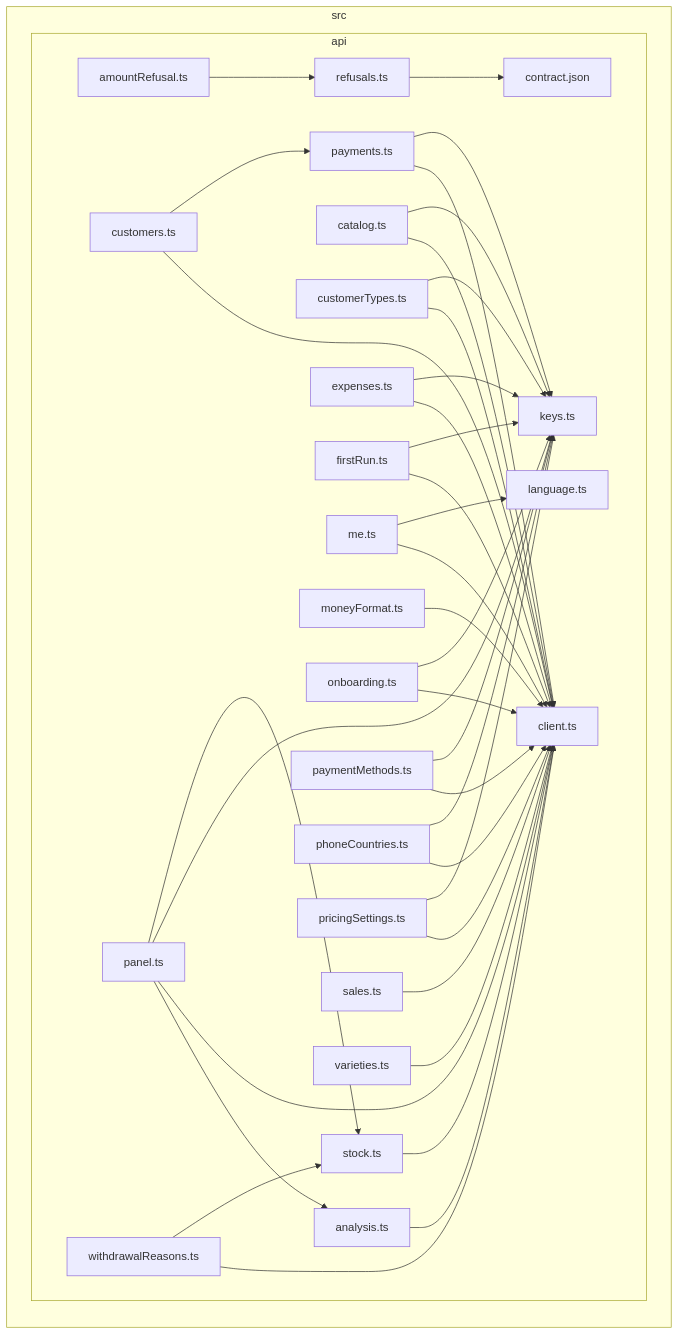
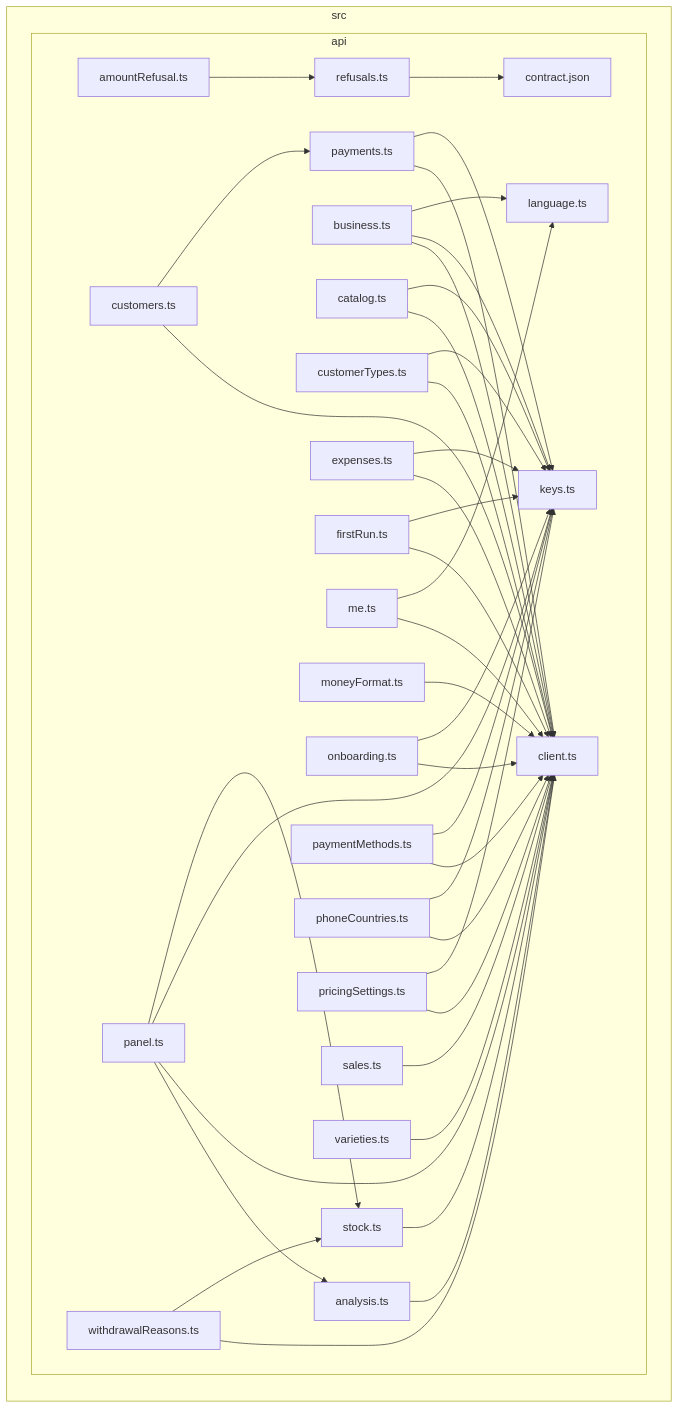
One commit to GonzaloZevallos/apostrophe changed the diagram in docs/architecture/generated/front-modules/api.md. Above: the diagram before and after it, drawn with Mermaid. The commit also changed 1 other file, not shown here.

Commit message:
chore(docs): regenerate [skip ci]

````diff
--- a/docs/architecture/generated/front-modules/api.md
+++ b/docs/architecture/generated/front-modules/api.md
@@ -7,66 +7,70 @@
 ```mermaid
 flowchart LR
 subgraph src["src"]
   subgraph src_api["api"]
     src_api_amountRefusal_ts["amountRefusal.ts"]
     src_api_analysis_ts["analysis.ts"]
+    src_api_business_ts["business.ts"]
     src_api_catalog_ts["catalog.ts"]
     src_api_client_ts["client.ts"]
     src_api_contract_json["contract.json"]
     src_api_customerTypes_ts["customerTypes.ts"]
     src_api_customers_ts["customers.ts"]
     src_api_expenses_ts["expenses.ts"]
     src_api_firstRun_ts["firstRun.ts"]
     src_api_keys_ts["keys.ts"]
     src_api_language_ts["language.ts"]
     src_api_me_ts["me.ts"]
     src_api_moneyFormat_ts["moneyFormat.ts"]
     src_api_onboarding_ts["onboarding.ts"]
     src_api_panel_ts["panel.ts"]
     src_api_paymentMethods_ts["paymentMethods.ts"]
     src_api_payments_ts["payments.ts"]
     src_api_phoneCountries_ts["phoneCountries.ts"]
     src_api_pricingSettings_ts["pricingSettings.ts"]
     src_api_refusals_ts["refusals.ts"]
     src_api_sales_ts["sales.ts"]
     src_api_stock_ts["stock.ts"]
     src_api_varieties_ts["varieties.ts"]
     src_api_withdrawalReasons_ts["withdrawalReasons.ts"]
   end
 end
 src_api_amountRefusal_ts-->src_api_refusals_ts
 src_api_analysis_ts-->src_api_client_ts
+src_api_business_ts-->src_api_client_ts
+src_api_business_ts-->src_api_keys_ts
+src_api_business_ts-->src_api_language_ts
 src_api_catalog_ts-->src_api_client_ts
 src_api_catalog_ts-->src_api_keys_ts
 src_api_customerTypes_ts-->src_api_client_ts
 src_api_customerTypes_ts-->src_api_keys_ts
 src_api_customers_ts-->src_api_client_ts
 src_api_customers_ts-->src_api_payments_ts
 src_api_expenses_ts-->src_api_client_ts
 src_api_expenses_ts-->src_api_keys_ts
 src_api_firstRun_ts-->src_api_client_ts
 src_api_firstRun_ts-->src_api_keys_ts
 src_api_me_ts-->src_api_client_ts
 src_api_me_ts-->src_api_language_ts
 src_api_moneyFormat_ts-->src_api_client_ts
 src_api_onboarding_ts-->src_api_client_ts
 src_api_onboarding_ts-->src_api_keys_ts
 src_api_panel_ts-->src_api_analysis_ts
 src_api_panel_ts-->src_api_client_ts
 src_api_panel_ts-->src_api_keys_ts
 src_api_panel_ts-->src_api_stock_ts
 src_api_paymentMethods_ts-->src_api_client_ts
 src_api_paymentMethods_ts-->src_api_keys_ts
 src_api_payments_ts-->src_api_client_ts
 src_api_payments_ts-->src_api_keys_ts
 src_api_phoneCountries_ts-->src_api_client_ts
 src_api_phoneCountries_ts-->src_api_keys_ts
 src_api_pricingSettings_ts-->src_api_client_ts
 src_api_pricingSettings_ts-->src_api_keys_ts
 src_api_refusals_ts-->src_api_contract_json
 src_api_sales_ts-->src_api_client_ts
 src_api_stock_ts-->src_api_client_ts
 src_api_varieties_ts-->src_api_client_ts
 src_api_withdrawalReasons_ts-->src_api_client_ts
 src_api_withdrawalReasons_ts-->src_api_stock_ts
 ```
````
